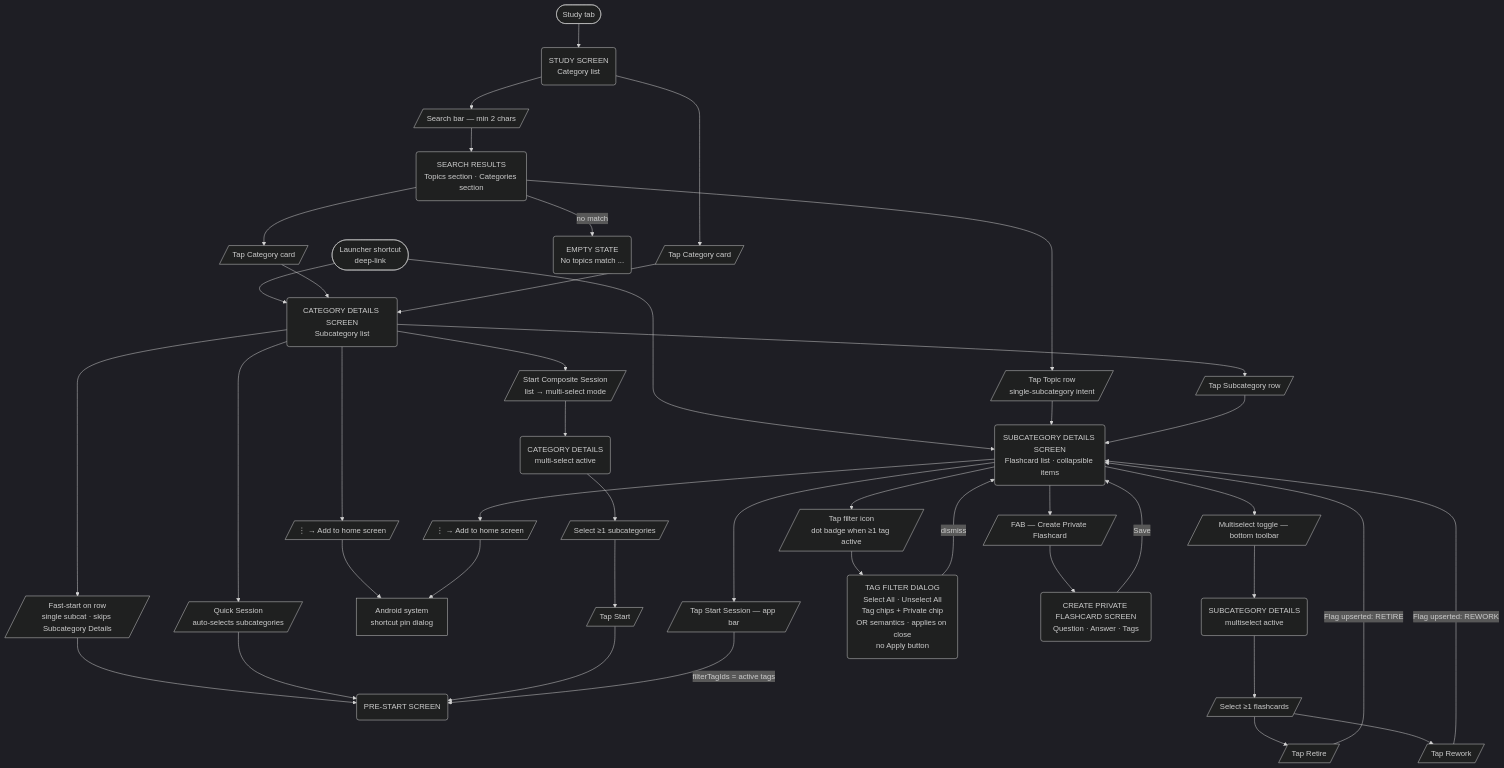
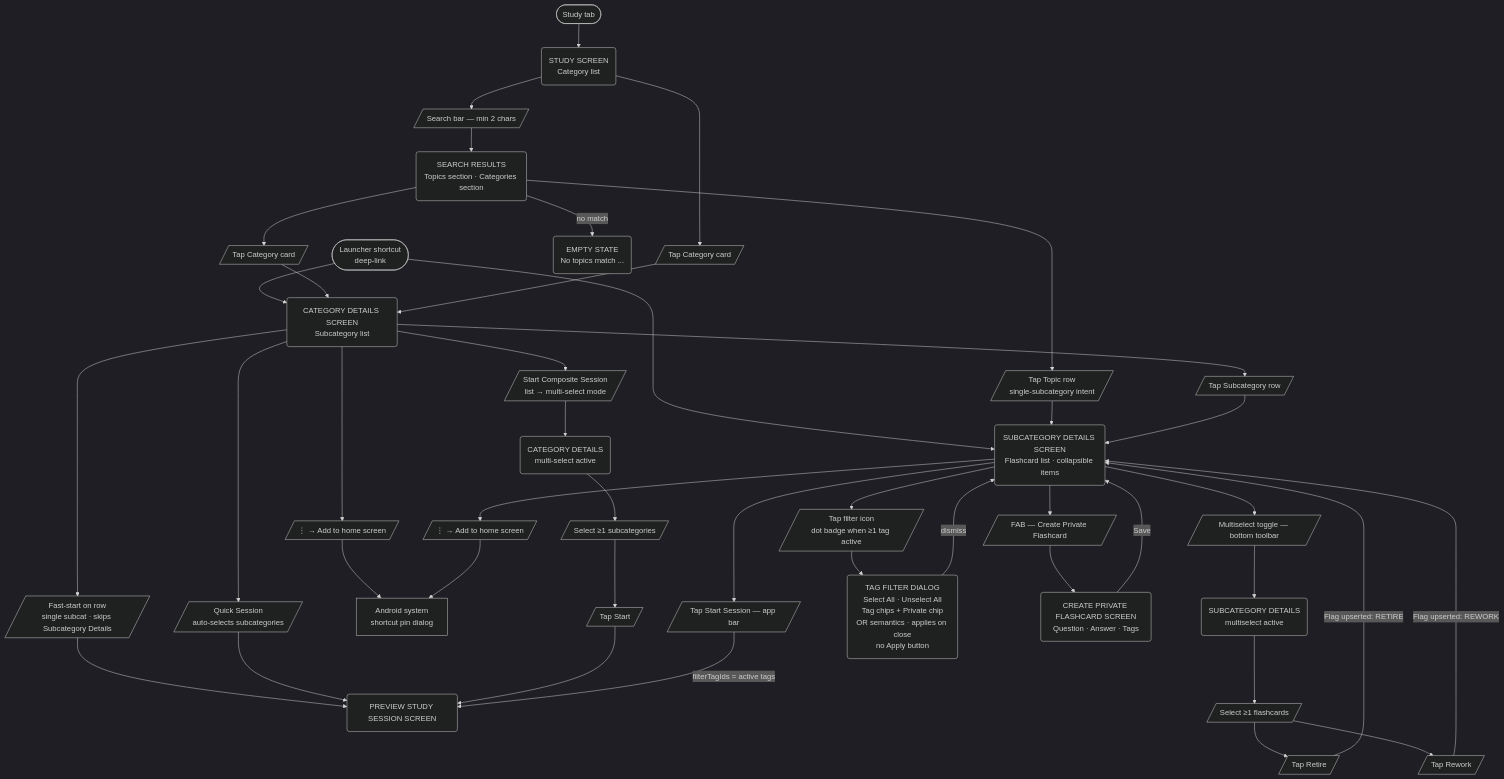
One commit to Haydart/Flashcards changed the first of 2 diagrams in docs/user-flow/study.md. Above: the diagram before and after it, drawn with Mermaid (dark theme). The commit also changed other lines of this file and 9 other files, not shown here.

Commit message:
docs: rename Pre-start Screen to Preview Study Session Screen

````diff
--- a/docs/user-flow/study.md
+++ b/docs/user-flow/study.md
@@ -7,65 +7,65 @@
 ```mermaid
 flowchart TD
 
     %% Legend: (Screen)  [/Action/]  {Decision}  ([Entry/Exit])
 
     StudyEntry([Study tab]) --> StudyScreen
     ShortcutEntry([Launcher shortcut\ndeep-link]) --> CatDetails
     ShortcutEntry --> SubcatDetails
 
     %% ── Study Screen ──────────────────────────────────────────────
     StudyScreen(STUDY SCREEN\nCategory list)
     StudyScreen --> TapCategory[/Tap Category card/]
     StudyScreen --> TypeSearch[/Search bar — min 2 chars/]
 
     TypeSearch --> Results(SEARCH RESULTS\nTopics section · Categories section)
     Results -->|no match| NoMatch(EMPTY STATE\nNo topics match ...)
     Results --> TapTopicRow[/Tap Topic row\nsingle-subcategory intent/]
     Results --> TapCatInResults[/Tap Category card/]
     TapTopicRow --> SubcatDetails
     TapCatInResults --> CatDetails
     TapCategory --> CatDetails
 
     %% ── Category Details ──────────────────────────────────────────
     CatDetails(CATEGORY DETAILS SCREEN\nSubcategory list)
     CatDetails --> TapSubcatRow[/Tap Subcategory row/]
     CatDetails --> TapFastStart[/Fast-start on row\nsingle subcat · skips Subcategory Details/]
     CatDetails --> TapQuickSession[/Quick Session\nauto-selects subcategories/]
     CatDetails --> TapComposite[/Start Composite Session\nlist → multi-select mode/]
     CatDetails --> CatAddShortcut[/⋮ → Add to home screen/]
 
     TapSubcatRow --> SubcatDetails
-    TapFastStart --> PreStart(PRE-START SCREEN)
-    TapQuickSession --> PreStart
+    TapFastStart --> PreviewStudySession(PREVIEW STUDY SESSION SCREEN)
+    TapQuickSession --> PreviewStudySession
     CatAddShortcut --> ShortcutPinDialog[Android system\nshortcut pin dialog]
 
     TapComposite --> CatMultiselect(CATEGORY DETAILS\nmulti-select active)
     CatMultiselect --> SelectSubcats[/Select ≥1 subcategories/]
     SelectSubcats --> TapStartComposite[/Tap Start/]
-    TapStartComposite --> PreStart
+    TapStartComposite --> PreviewStudySession
 
     %% ── Subcategory Details ───────────────────────────────────────
     SubcatDetails(SUBCATEGORY DETAILS SCREEN\nFlashcard list · collapsible items)
     SubcatDetails --> TapFilterIcon[/Tap filter icon\ndot badge when ≥1 tag active/]
     SubcatDetails --> TapStartSession[/Tap Start Session — app bar/]
     SubcatDetails --> TapFAB[/FAB — Create Private Flashcard/]
     SubcatDetails --> TapMultiselectToggle[/Multiselect toggle — bottom toolbar/]
     SubcatDetails --> SubcatAddShortcut[/⋮ → Add to home screen/]
 
     SubcatAddShortcut --> ShortcutPinDialog
 
     TapFilterIcon --> TagFilterDialog(TAG FILTER DIALOG\nSelect All · Unselect All\nTag chips + Private chip\nOR semantics · applies on close\nno Apply button)
     TagFilterDialog -->|dismiss| SubcatDetails
 
-    TapStartSession -->|filterTagIds = active tags| PreStart
+    TapStartSession -->|filterTagIds = active tags| PreviewStudySession
 
     TapFAB --> CreateCard(CREATE PRIVATE FLASHCARD SCREEN\nQuestion · Answer · Tags)
     CreateCard -->|Save| SubcatDetails
 
     TapMultiselectToggle --> CardMultiselect(SUBCATEGORY DETAILS\nmultiselect active)
     CardMultiselect --> SelectCards[/Select ≥1 flashcards/]
     SelectCards --> BulkRetire[/Tap Retire/]
     SelectCards --> BulkRework[/Tap Rework/]
     BulkRetire -->|Flag upserted: RETIRE| SubcatDetails
     BulkRework -->|Flag upserted: REWORK| SubcatDetails
 ```
````
